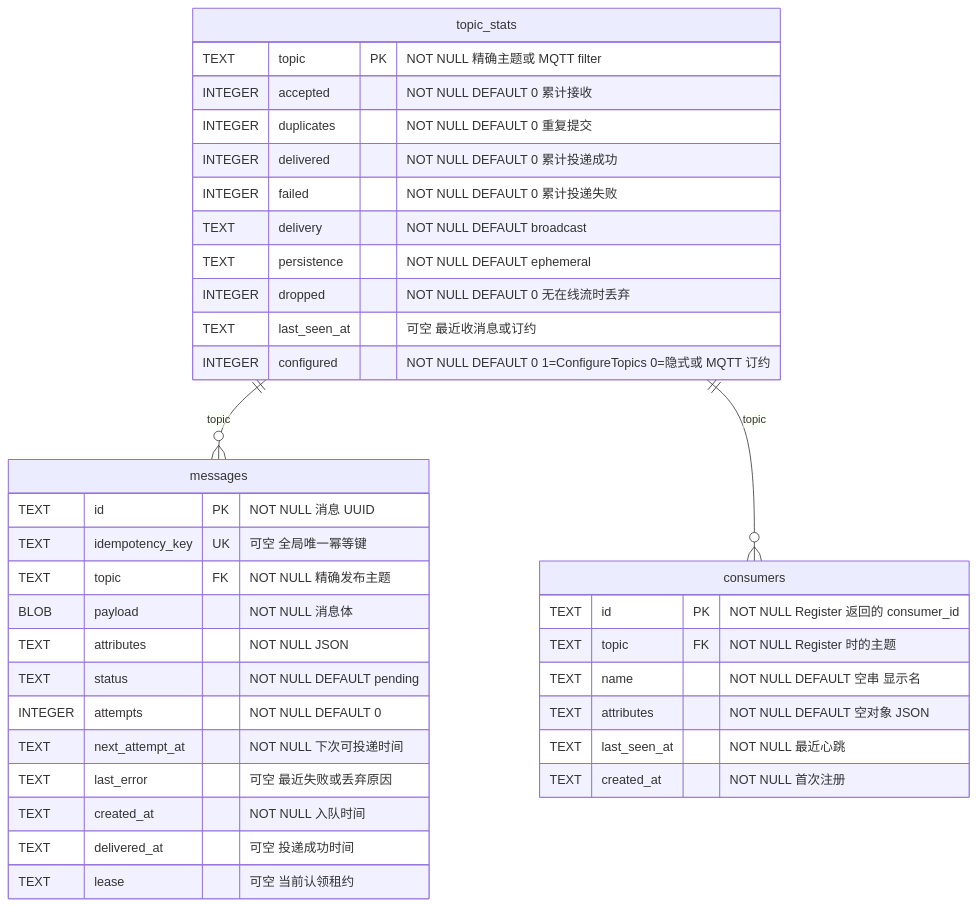
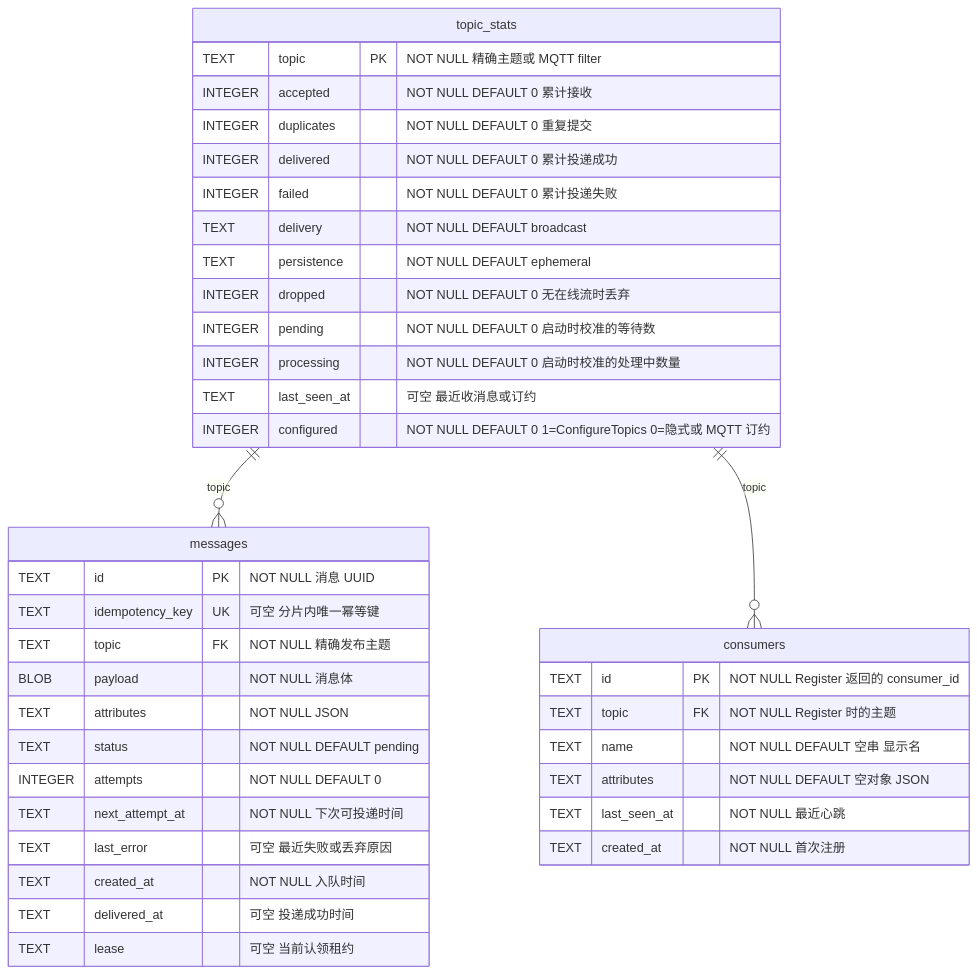
One commit to zhangjianshe/cangling-broker changed the diagram in README.md. Above: the diagram before and after it, drawn with Mermaid. The commit also changed other lines of this file and 26 other files, not shown here.

````diff
--- a/README.md
+++ b/README.md
@@ -390,42 +502,44 @@
 ```mermaid
 erDiagram
     topic_stats ||--o{ messages : "topic"
     topic_stats ||--o{ consumers : "topic"
 
     topic_stats {
         TEXT topic PK "NOT NULL 精确主题或 MQTT filter"
         INTEGER accepted "NOT NULL DEFAULT 0 累计接收"
         INTEGER duplicates "NOT NULL DEFAULT 0 重复提交"
         INTEGER delivered "NOT NULL DEFAULT 0 累计投递成功"
         INTEGER failed "NOT NULL DEFAULT 0 累计投递失败"
         TEXT delivery "NOT NULL DEFAULT broadcast"
         TEXT persistence "NOT NULL DEFAULT ephemeral"
         INTEGER dropped "NOT NULL DEFAULT 0 无在线流时丢弃"
+        INTEGER pending "NOT NULL DEFAULT 0 启动时校准的等待数"
+        INTEGER processing "NOT NULL DEFAULT 0 启动时校准的处理中数量"
         TEXT last_seen_at "可空 最近收消息或订约"
         INTEGER configured "NOT NULL DEFAULT 0 1=ConfigureTopics 0=隐式或 MQTT 订约"
     }
 
     messages {
         TEXT id PK "NOT NULL 消息 UUID"
-        TEXT idempotency_key UK "可空 全局唯一幂等键"
+        TEXT idempotency_key UK "可空 分片内唯一幂等键"
         TEXT topic FK "NOT NULL 精确发布主题"
         BLOB payload "NOT NULL 消息体"
         TEXT attributes "NOT NULL JSON"
         TEXT status "NOT NULL DEFAULT pending"
         INTEGER attempts "NOT NULL DEFAULT 0"
         TEXT next_attempt_at "NOT NULL 下次可投递时间"
         TEXT last_error "可空 最近失败或丢弃原因"
         TEXT created_at "NOT NULL 入队时间"
         TEXT delivered_at "可空 投递成功时间"
         TEXT lease "可空 当前认领租约"
     }
 
     consumers {
         TEXT id PK "NOT NULL Register 返回的 consumer_id"
         TEXT topic FK "NOT NULL Register 时的主题"
         TEXT name "NOT NULL DEFAULT 空串 显示名"
         TEXT attributes "NOT NULL DEFAULT 空对象 JSON"
         TEXT last_seen_at "NOT NULL 最近心跳"
         TEXT created_at "NOT NULL 首次注册"
     }
 ```
````
